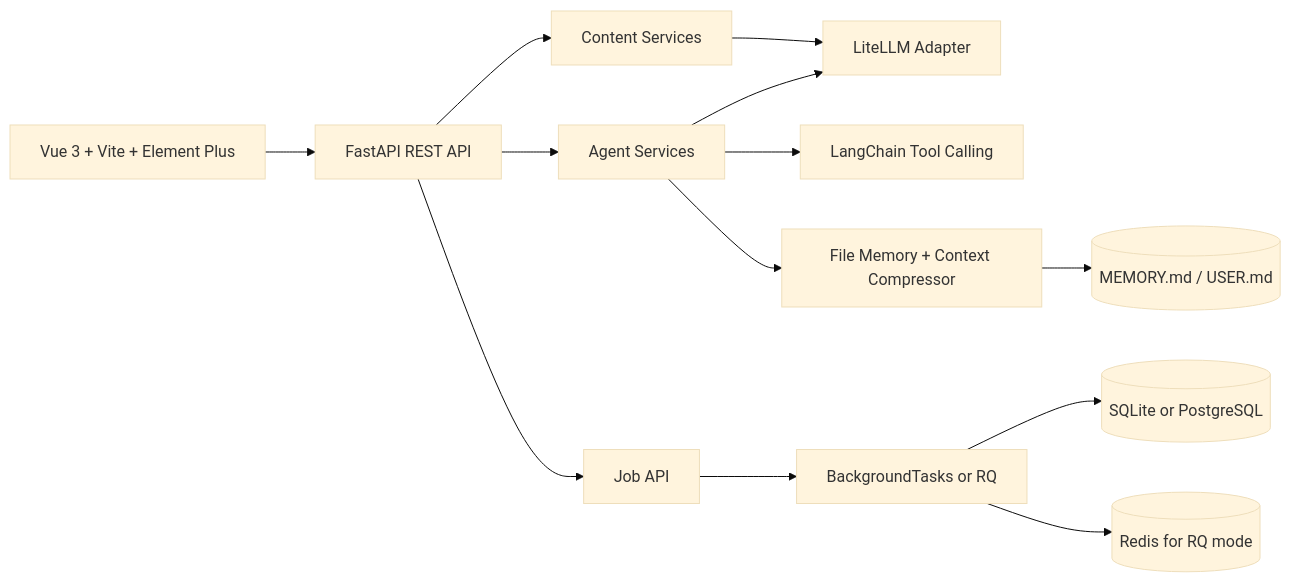
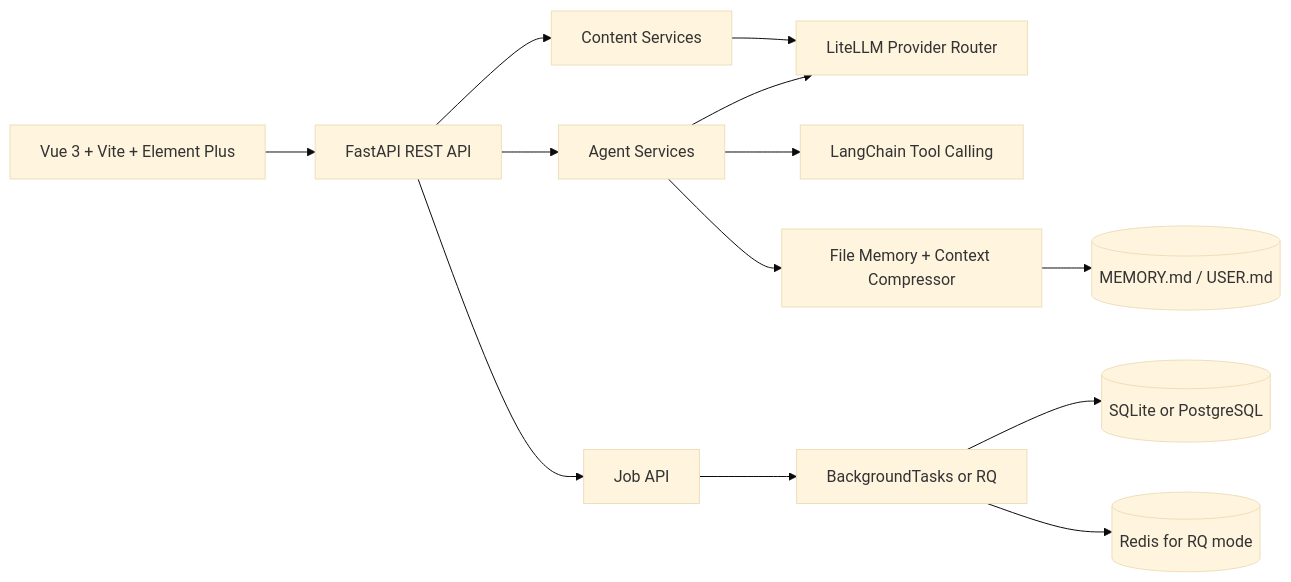
One commit to xwmxcz/-content-ops-agent changed the diagram in README.md. Above: the diagram before and after it, drawn with Mermaid (base theme). The commit also changed other lines of this file and 1 other file, not shown here.

````diff
--- a/README.md
+++ b/README.md
@@ -33,15 +36,15 @@
 ```mermaid
 graph LR
-  A[Vue 3 + Vite + Element Plus] --> B[FastAPI REST API]
-  B --> C[Content Services]
-  B --> D[Agent Services]
-  B --> Q[Job API]
-  C --> E[LiteLLM Adapter]
-  D --> E
-  D --> F[LangChain Tool Calling]
-  D --> M[File Memory + Context Compressor]
-  M --> N[(MEMORY.md / USER.md)]
-  Q --> G[BackgroundTasks or RQ]
-  G --> H[(SQLite or PostgreSQL)]
-  G --> I[(Redis for RQ mode)]
+  UI[Vue 3 + Vite + Element Plus] --> API[FastAPI REST API]
+  API --> Content[Content Services]
+  API --> Agent[Agent Services]
+  API --> Jobs[Job API]
+  Content --> LLM[LiteLLM Provider Router]
+  Agent --> LLM
+  Agent --> Tools[LangChain Tool Calling]
+  Agent --> Memory[File Memory + Context Compressor]
+  Memory --> Files[(MEMORY.md / USER.md)]
+  Jobs --> Queue[BackgroundTasks or RQ]
+  Queue --> DB[(SQLite or PostgreSQL)]
+  Queue --> Redis[(Redis for RQ mode)]
 ```
````
